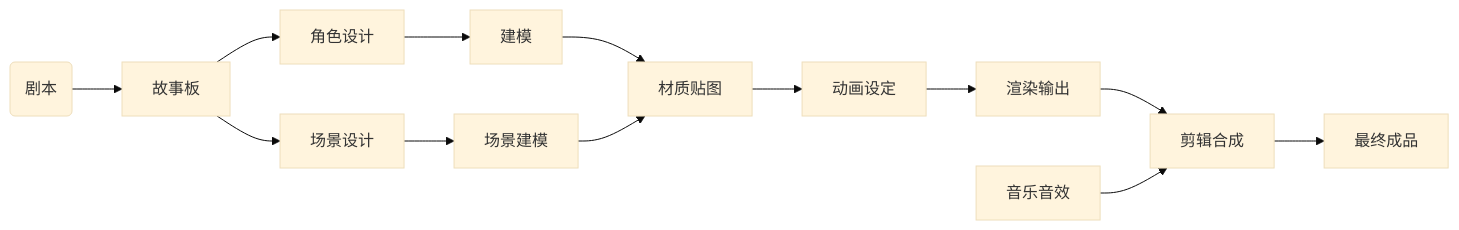
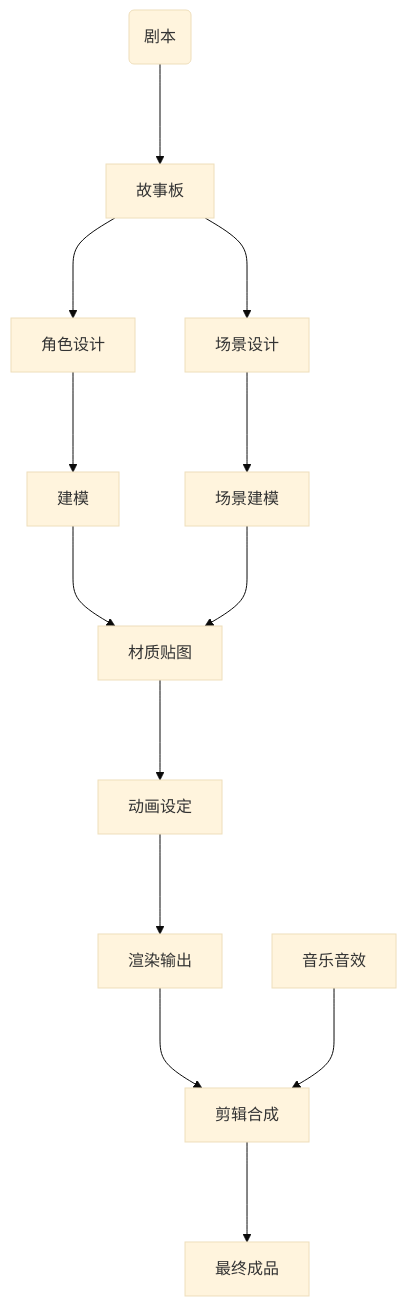
One commit to sduoffline/wiki changed the first of 4 diagrams in course/Computer-Animation-Technology.md. Above: the diagram before and after it, drawn with Mermaid (base theme). The commit also changed other lines of this file, not shown here.

Commit message:
docs: update course/Computer-Animation-Technology

````diff
--- a/course/Computer-Animation-Technology.md
+++ b/course/Computer-Animation-Technology.md
@@ -208,15 +208,15 @@
 ```mermaid
-flowchart LR
-A(剧本)-->B[故事板]
-B-->C[角色设计]
-B-->D[场景设计]
-C-->E[建模]
-D-->F[场景建模]
-E-->G[材质贴图]
-F-->G
-G-->H[动画设定]
-H-->I[渲染输出]
-I-->J[剪辑合成]
-K[音乐音效]-->J
-J-->L[最终成品]
+flowchart
+A(剧本)--->B[故事板]
+B--->C[角色设计]
+B--->D[场景设计]
+C--->E[建模]
+D--->F[场景建模]
+E--->G[材质贴图]
+F--->G
+G--->H[动画设定]
+H--->I[渲染输出]
+I--->J[剪辑合成]
+K[音乐音效]--->J
+J--->L[最终成品]
 ```
````
